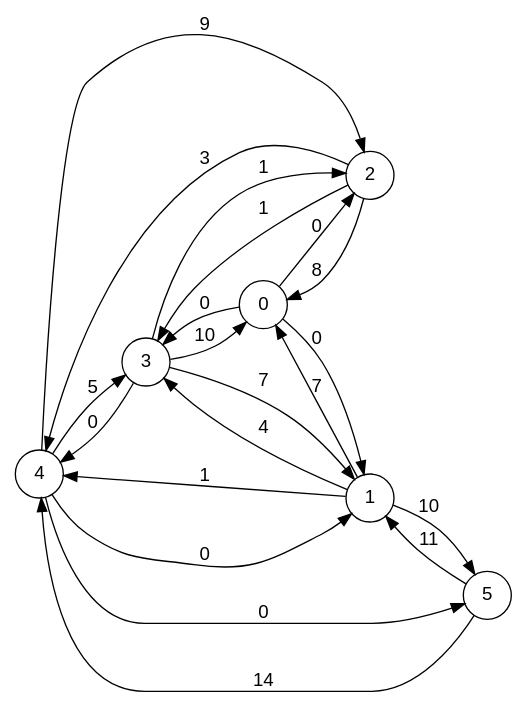
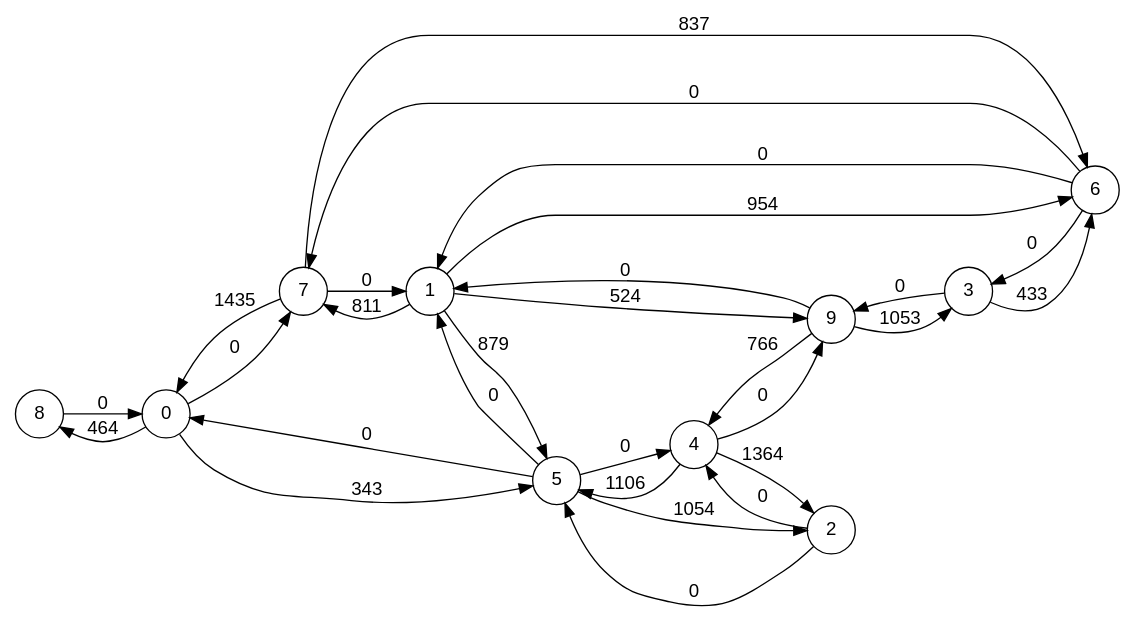
Before and after one commit to mateobwe/ocaml-maxflow-project: the diagram in ff1.dot, drawn with Graphviz. The commit also changed 7 other files, not shown here.

```diff
--- a/ff1.dot
+++ b/ff1.dot
@@ -1,27 +1,35 @@
 digraph finite_state_machine {
   fontname="Helvetica,Arial,sans-serif"
   node [fontname="Helvetica,Arial,sans-serif"]
   edge [fontname="Helvetica,Arial,sans-serif"]
   rankdir=LR;
   node [shape = circle];
-  4 -> 3 [ label = "5" ];
-  4 -> 5 [ label = "0" ];
-  4 -> 1 [ label = "0" ];
-  4 -> 2 [ label = "9" ];
-  2 -> 0 [ label = "8" ];
-  2 -> 4 [ label = "3" ];
-  2 -> 3 [ label = "1" ];
-  0 -> 2 [ label = "0" ];
-  0 -> 1 [ label = "0" ];
-  0 -> 3 [ label = "0" ];
-  5 -> 4 [ label = "14" ];
-  5 -> 1 [ label = "11" ];
-  1 -> 4 [ label = "1" ];
-  1 -> 0 [ label = "7" ];
-  1 -> 5 [ label = "10" ];
-  1 -> 3 [ label = "4" ];
-  3 -> 4 [ label = "0" ];
-  3 -> 2 [ label = "1" ];
-  3 -> 1 [ label = "7" ];
-  3 -> 0 [ label = "10" ];
+  8 -> 0 [ label = "0" ];
+  0 -> 5 [ label = "343" ];
+  0 -> 8 [ label = "464" ];
+  0 -> 7 [ label = "0" ];
+  2 -> 5 [ label = "0" ];
+  2 -> 4 [ label = "0" ];
+  4 -> 2 [ label = "1364" ];
+  4 -> 5 [ label = "1106" ];
+  4 -> 9 [ label = "0" ];
+  3 -> 6 [ label = "433" ];
+  3 -> 9 [ label = "0" ];
+  6 -> 7 [ label = "0" ];
+  6 -> 3 [ label = "0" ];
+  6 -> 1 [ label = "0" ];
+  5 -> 2 [ label = "1054" ];
+  5 -> 0 [ label = "0" ];
+  5 -> 4 [ label = "0" ];
+  5 -> 1 [ label = "0" ];
+  7 -> 0 [ label = "1435" ];
+  7 -> 6 [ label = "837" ];
+  7 -> 1 [ label = "0" ];
+  9 -> 4 [ label = "766" ];
+  9 -> 3 [ label = "1053" ];
+  9 -> 1 [ label = "0" ];
+  1 -> 6 [ label = "954" ];
+  1 -> 5 [ label = "879" ];
+  1 -> 7 [ label = "811" ];
+  1 -> 9 [ label = "524" ];
 }
```
